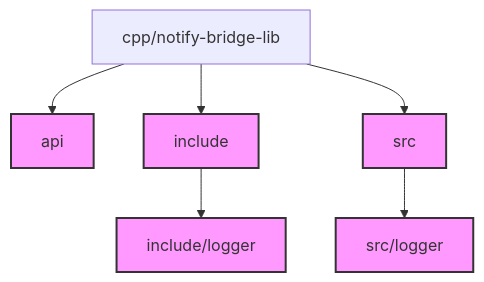
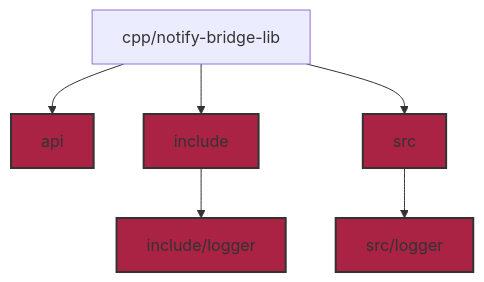
One commit to jke94/notify-bridge changed the diagram in cpp/Readme.md. Above: the diagram before and after it, drawn with Mermaid. The commit also changed 1 other file, not shown here.

Commit message:
Update readme about descriptive information about the parts of the PoC.

````diff
--- a/cpp/Readme.md
+++ b/cpp/Readme.md
@@ -29,17 +29,17 @@
 ```mermaid
 graph TD
     A[cpp/notify-bridge-lib] --> B[api]
     A --> C[include]
     A --> D[src]
     
     C --> C1[include/logger]
     D --> D1[src/logger]
     
     B[api]:::folder
     C[include]:::folder
     C1[include/logger]:::folder
     D[src]:::folder
     D1[src/logger]:::folder
 
-    classDef folder fill:#f9f,stroke:#333,stroke-width:2px;
+    classDef folder fill:#a24,stroke:#333,stroke-width:2px;
 ```
````
